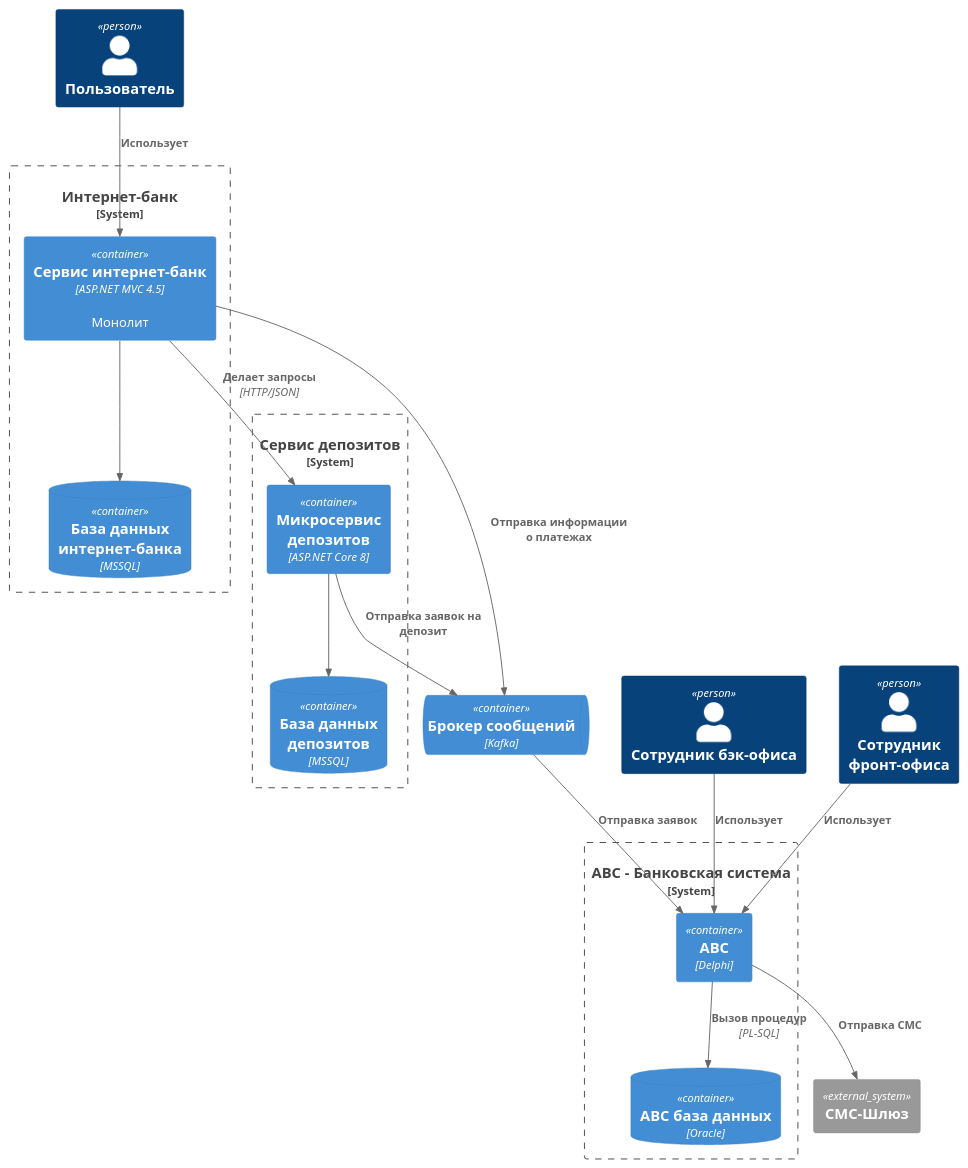
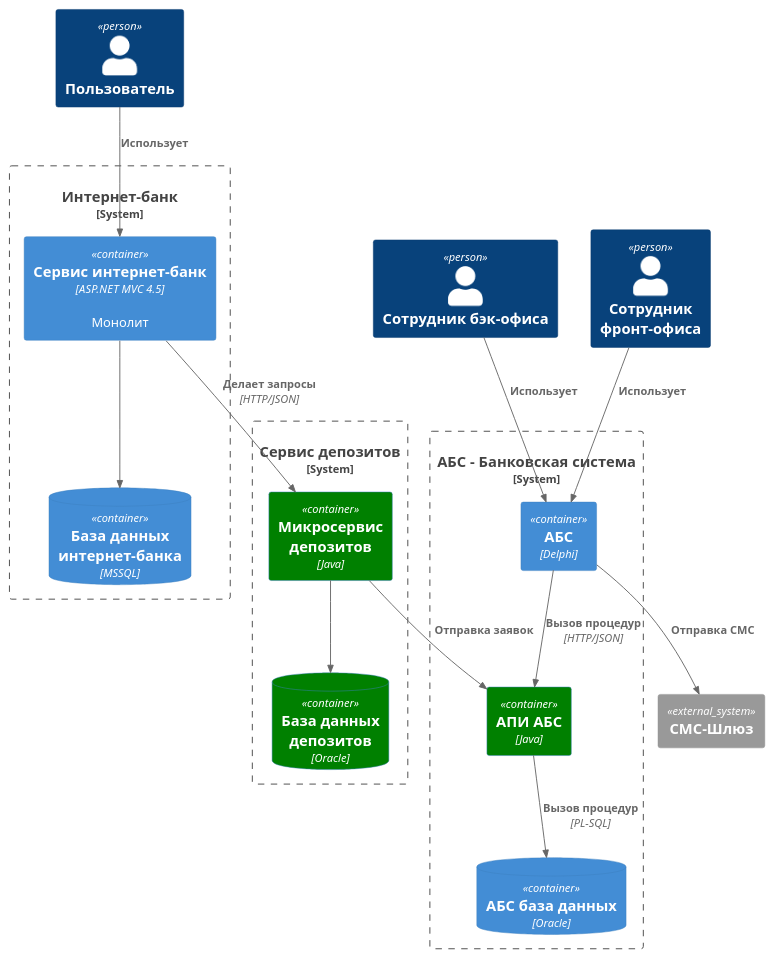
Before and after one commit to Rzr18/architecture-standart: the diagram in Task3/C4_Container.puml, drawn with PlantUML. The commit also changed 3 other files, not shown here.

```diff
--- a/Task3/C4_Container.puml
+++ b/Task3/C4_Container.puml
@@ -1,48 +1,47 @@
 @startuml
 
 !include <C4/C4_Container>
 
 Person(User, "Пользователь")
 Person(EmployeeBack, "Сотрудник бэк-офиса")
 Person(EmployeeFront, "Сотрудник фронт-офиса")
 
-System_Boundary(ABC_Boundary, "ABC - Банковская система") {
-    Container(ABC, "ABC", "Delphi")
-    ContainerDb(ABC_Db, "ABC база данных", "Oracle")
+System_Boundary(ABC_Boundary, "АБС - Банковская система") {
+    Container(ABC, "АБС", "Delphi")
+    Container(API_ABC, "АПИ АБС", "Java") #green
+    ContainerDb(ABC_Db, "АБС база данных", "Oracle")
     
-    Rel(ABC, ABC_Db, "Вызов процедур", "PL-SQL")
+    Rel(ABC, API_ABC, "Вызов процедур", "HTTP/JSON")
+    Rel(API_ABC, ABC_Db, "Вызов процедур", "PL-SQL")
 }
 
 System_Boundary(InternetBankSystem, "Интернет-банк") {
     Container(InternetBank_Monolith, "Сервис интернет-банк", "ASP.NET MVC 4.5", "Монолит")
     ContainerDb(InternetBankDb, "База данных\n интернет-банка", "MSSQL")
     
     
     Rel(InternetBank_Monolith, InternetBankDb, "")
     
 }
 
-ContainerQueue(QueueBroker, "Брокер сообщений", "Kafka")
 
 System_Boundary(DepositSrvice, "Сервис депозитов") {
     
-    Container(InternetBank_Deposit, "Микросервис депозитов", "ASP.NET Core 8")
-    ContainerDb(InternetBank_DepositDb, "База данных депозитов", "MSSQL")
+    Container(InternetBank_Deposit, "Микросервис депозитов", "Java") #green
+    ContainerDb(InternetBank_DepositDb, "База данных депозитов", "Oracle") #green
     
     Rel(InternetBank_Deposit, InternetBank_DepositDb, "")
     
     Rel(InternetBank_Monolith, InternetBank_Deposit, "Делает запросы", "HTTP/JSON")
 }
 
 System_Ext(SMS, "СМС-Шлюз")
 
 Rel(User, InternetBank_Monolith, "Использует")
 Rel(EmployeeBack, ABC, "Использует")
 Rel(EmployeeFront, ABC, "Использует")
 
 Rel(ABC, SMS, "Отправка СМС")
-Rel(InternetBank_Deposit, QueueBroker, "Отправка заявок на депозит")
-Rel(InternetBank_Monolith, QueueBroker, "Отправка информации о платежах")
-Rel(QueueBroker, ABC, "Отправка заявок")
+Rel(InternetBank_Deposit, API_ABC, "Отправка заявок")
 
 @enduml
```
